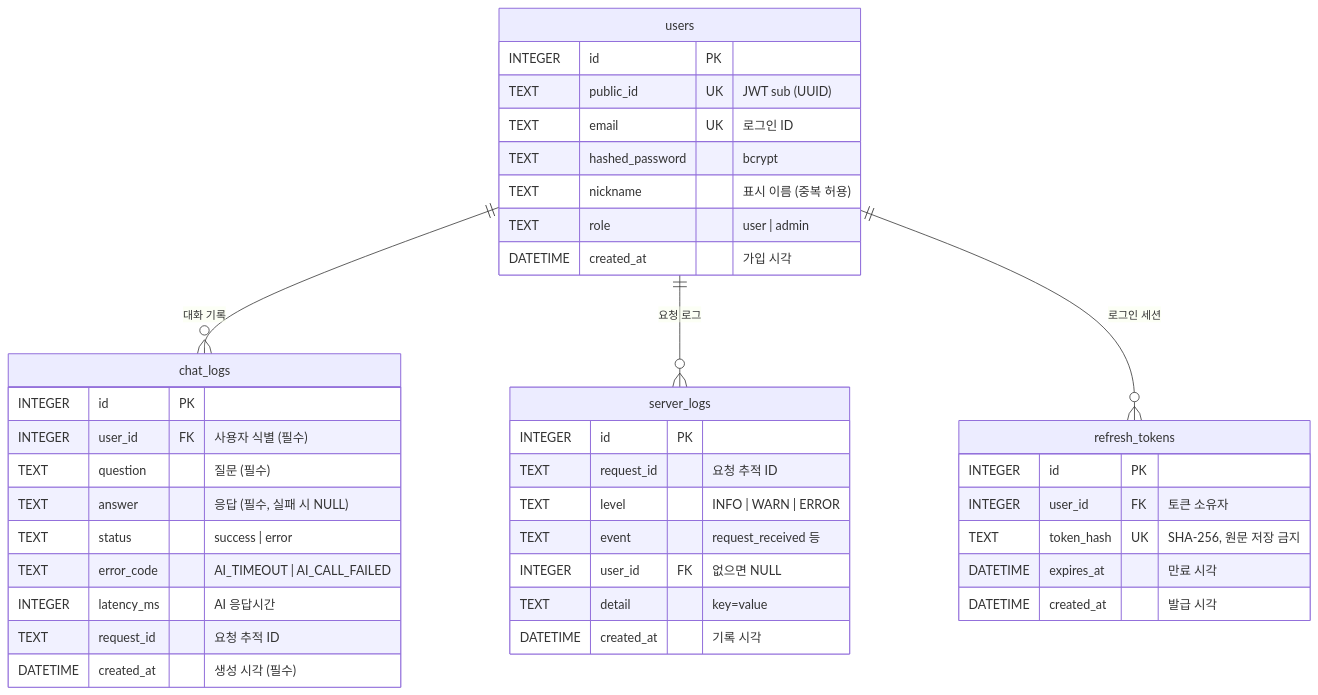
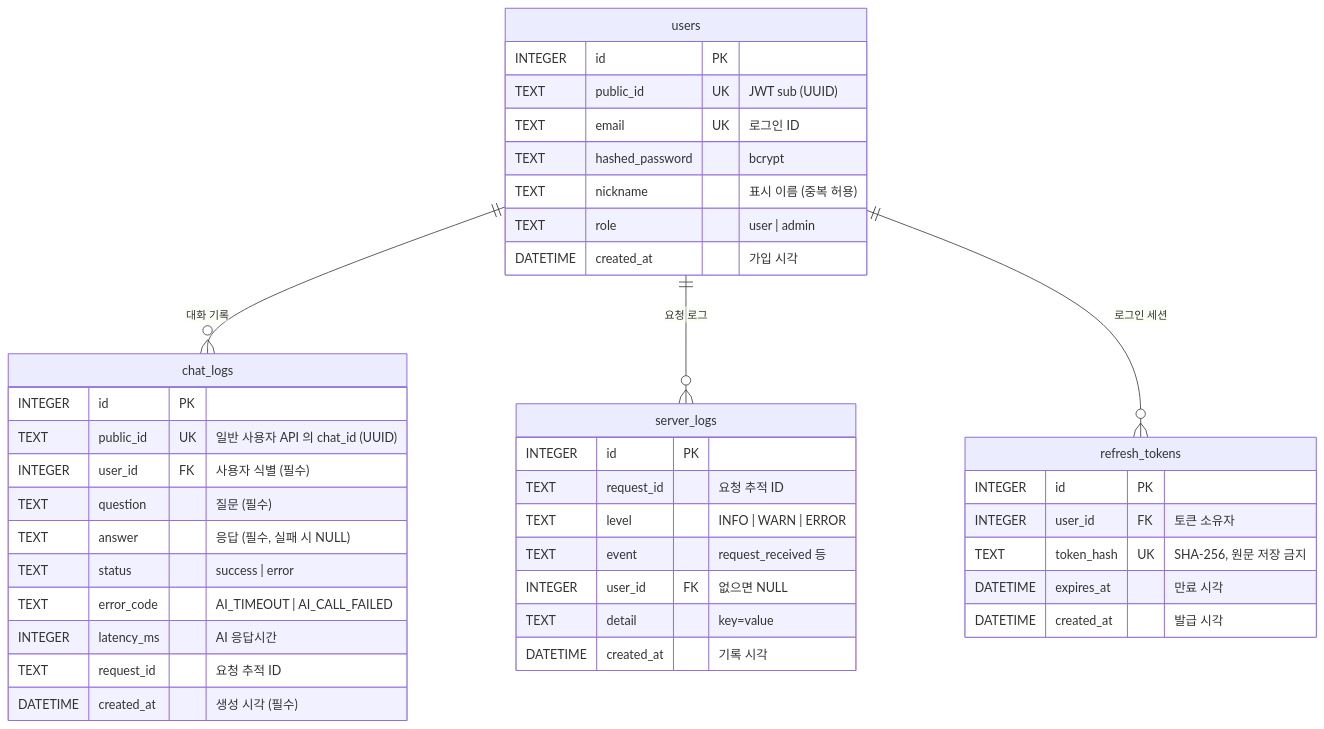
Before and after one commit to b7-1-chatbot-team/B7-1-chatbot: the diagram in docs/04-database.md, drawn with Mermaid. The commit also changed other lines of this file and 2 other files, not shown here.

Commit message:
docs: v2.35 update 일반 사용자 API(질문 전송·내 대화 로그)의 chat_id 를 UUID 로 바꾼 내용 반영 #106

````diff
--- a/docs/04-database.md
+++ b/docs/04-database.md
@@ -12,42 +12,43 @@
 ```mermaid
 erDiagram
     users ||--o{ chat_logs : "대화 기록"
     users ||--o{ server_logs : "요청 로그"
     users ||--o{ refresh_tokens : "로그인 세션"
     users {
         INTEGER id PK
         TEXT public_id UK "JWT sub (UUID)"
         TEXT email UK "로그인 ID"
         TEXT hashed_password "bcrypt"
         TEXT nickname "표시 이름 (중복 허용)"
         TEXT role "user | admin"
         DATETIME created_at "가입 시각"
     }
     chat_logs {
         INTEGER id PK
+        TEXT public_id UK "일반 사용자 API 의 chat_id (UUID)"
         INTEGER user_id FK "사용자 식별 (필수)"
         TEXT question "질문 (필수)"
         TEXT answer "응답 (필수, 실패 시 NULL)"
         TEXT status "success | error"
         TEXT error_code "AI_TIMEOUT | AI_CALL_FAILED"
         INTEGER latency_ms "AI 응답시간"
         TEXT request_id "요청 추적 ID"
         DATETIME created_at "생성 시각 (필수)"
     }
     server_logs {
         INTEGER id PK
         TEXT request_id "요청 추적 ID"
         TEXT level "INFO | WARN | ERROR"
         TEXT event "request_received 등"
         INTEGER user_id FK "없으면 NULL"
         TEXT detail "key=value"
         DATETIME created_at "기록 시각"
     }
     refresh_tokens {
         INTEGER id PK
         INTEGER user_id FK "토큰 소유자"
         TEXT token_hash UK "SHA-256, 원문 저장 금지"
         DATETIME expires_at "만료 시각"
         DATETIME created_at "발급 시각"
     }
 ```
````
